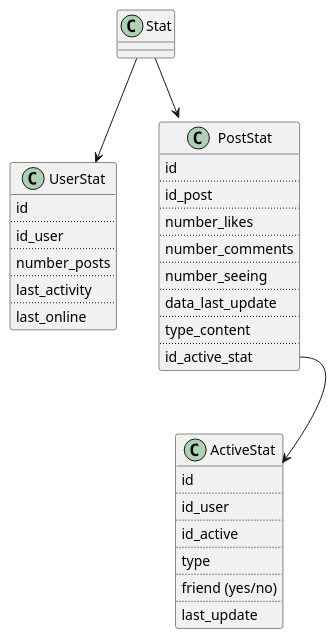
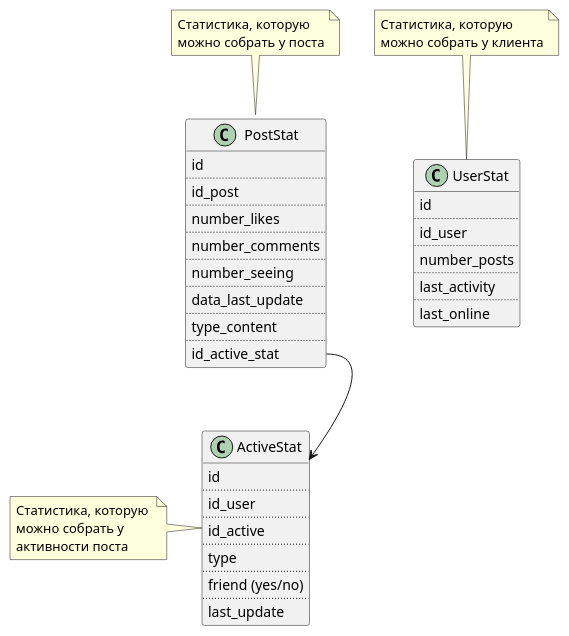
Before and after one commit to KatrinaVl/COA: the diagram in docs/AnalyticsService/AnalyticsService.puml, drawn with PlantUML. The commit also changed 4 other files, not shown here.

```diff
--- a/docs/AnalyticsService/AnalyticsService.puml
+++ b/docs/AnalyticsService/AnalyticsService.puml
@@ -1,63 +1,68 @@
 @startuml
 
-class Stat {
-}
 
 class UserStat {
     id
     ..
     id_user
     ..
     number_posts
     ..
     last_activity
     ..
     last_online
 }
+
+note top of UserStat
+Статистика, которую 
+можно собрать у клиента
+end note
+
 
 class PostStat {
     id
     ..
     id_post
     ..
     number_likes
     ..
     number_comments
     ..
     number_seeing
     ..
     data_last_update
     ..
     type_content
     ..
     id_active_stat
 }
 
+note top of PostStat
+Статистика, которую 
+можно собрать у поста
+end note
+
 class ActiveStat {
     id
     ..
     id_user
     ..
     id_active
     ..
     type
     ..
     friend (yes/no)
     ..
     last_update
 }
 
-
-
+note left of ActiveStat
+Статистика, которую 
+можно собрать у
+активности поста
+end note
 
 
 PostStat::id_active_stat --> ActiveStat
 
-Stat --> UserStat
-Stat --> PostStat
-
-
-
-
-
 @enduml
```
